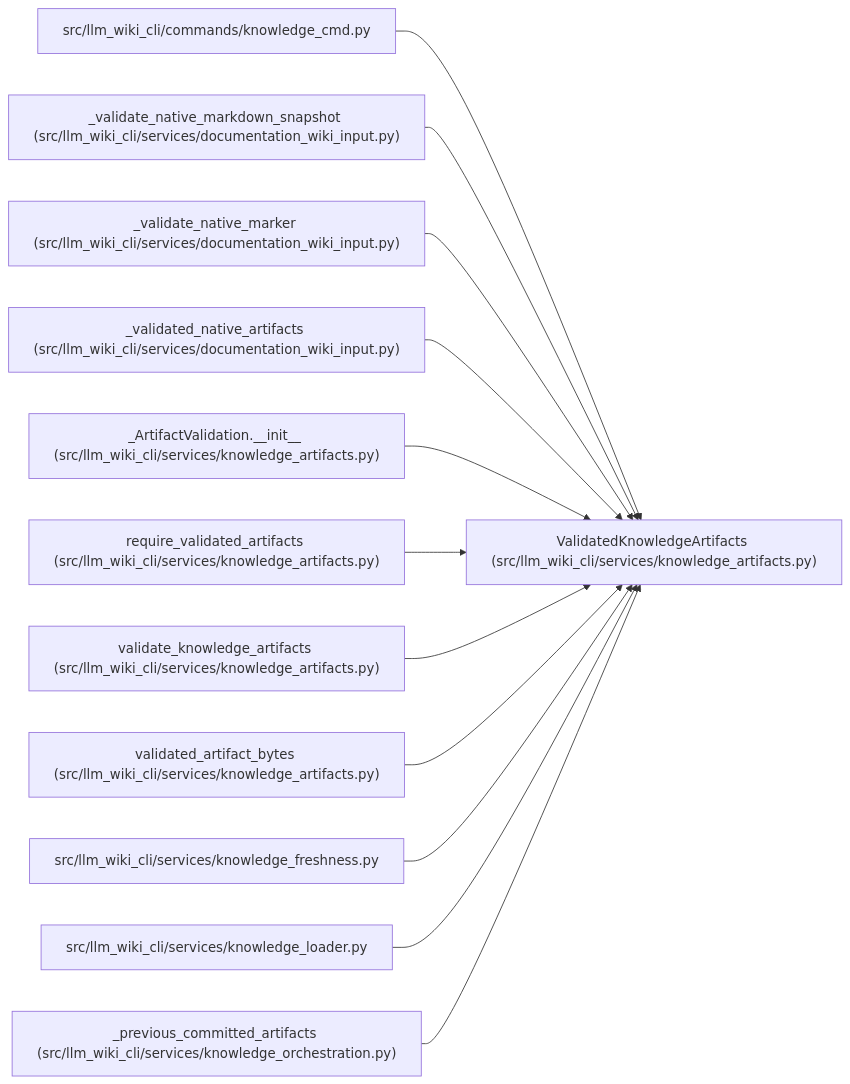
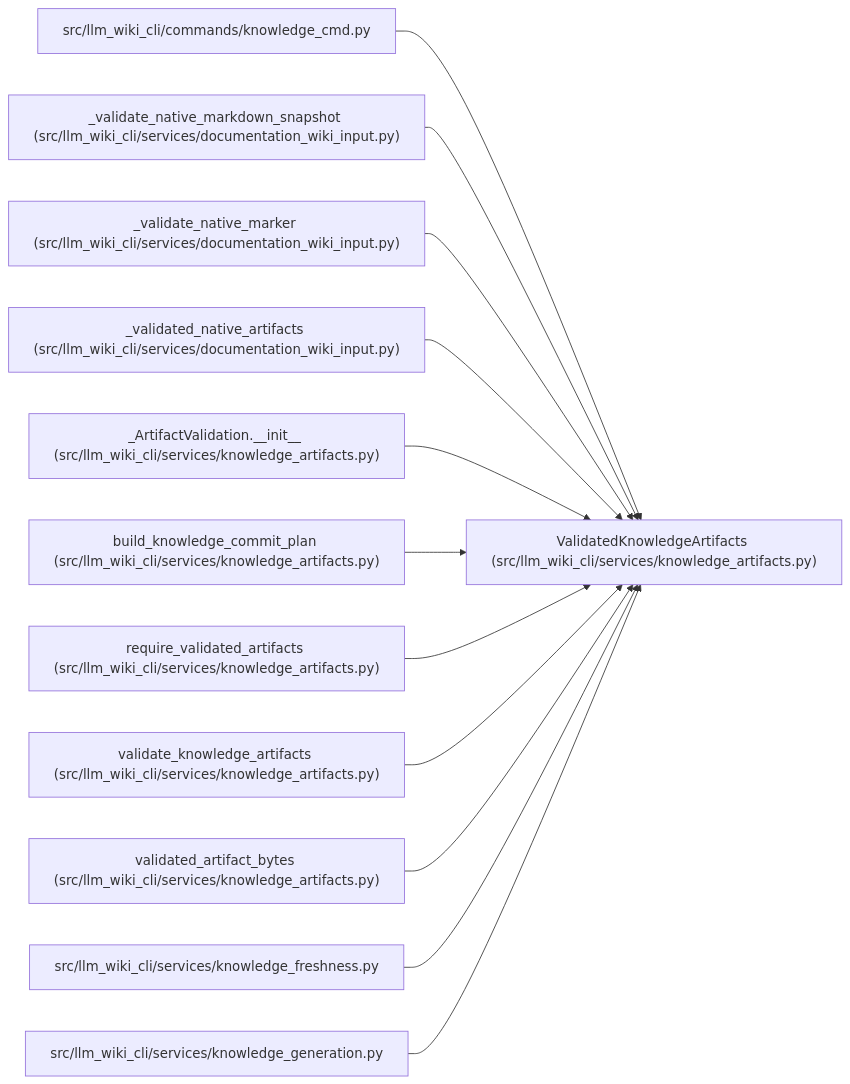
The diagram in docs/llm_wiki/entities/ValidatedKnowledgeArtifacts.md (Denissvgn/python-wiki-llm), drawn with Mermaid before and after one commit. The commit also changed other lines of this file and 865 other files, not shown here.

````diff
--- a/docs/llm_wiki/entities/ValidatedKnowledgeArtifacts.md
+++ b/docs/llm_wiki/entities/ValidatedKnowledgeArtifacts.md
@@ -33,38 +35,38 @@
 ```mermaid
 flowchart LR
     n0["ValidatedKnowledgeArtifacts (src/llm_wiki_cli/services/knowledge_artifacts.py)"]
     n1["src/llm_wiki_cli/commands/knowledge_cmd.py"]
     n2["_validate_native_markdown_snapshot (src/llm_wiki_cli/services/documentation_wiki_input.py)"]
     n3["_validate_native_marker (src/llm_wiki_cli/services/documentation_wiki_input.py)"]
     n4["_validated_native_artifacts (src/llm_wiki_cli/services/documentation_wiki_input.py)"]
     n5["_ArtifactValidation.__init__ (src/llm_wiki_cli/services/knowledge_artifacts.py)"]
-    n6["require_validated_artifacts (src/llm_wiki_cli/services/knowledge_artifacts.py)"]
-    n7["validate_knowledge_artifacts (src/llm_wiki_cli/services/knowledge_artifacts.py)"]
-    n8["validated_artifact_bytes (src/llm_wiki_cli/services/knowledge_artifacts.py)"]
-    n9["src/llm_wiki_cli/services/knowledge_freshness.py"]
-    n10["src/llm_wiki_cli/services/knowledge_loader.py"]
-    n11["_previous_committed_artifacts (src/llm_wiki_cli/services/knowledge_orchestration.py)"]
+    n6["build_knowledge_commit_plan (src/llm_wiki_cli/services/knowledge_artifacts.py)"]
+    n7["require_validated_artifacts (src/llm_wiki_cli/services/knowledge_artifacts.py)"]
+    n8["validate_knowledge_artifacts (src/llm_wiki_cli/services/knowledge_artifacts.py)"]
+    n9["validated_artifact_bytes (src/llm_wiki_cli/services/knowledge_artifacts.py)"]
+    n10["src/llm_wiki_cli/services/knowledge_freshness.py"]
+    n11["src/llm_wiki_cli/services/knowledge_generation.py"]
     n1 --> n0
     n2 --> n0
     n3 --> n0
     n4 --> n0
     n5 --> n0
     n6 --> n0
     n7 --> n0
     n8 --> n0
     n9 --> n0
     n10 --> n0
     n11 --> n0
     click n0 "../modules/knowledge_artifacts.md"
     click n1 "../modules/knowledge_cmd.md"
     click n2 "../modules/documentation_wiki_input.md"
     click n3 "../modules/documentation_wiki_input.md"
     click n4 "../modules/documentation_wiki_input.md"
     click n5 "../modules/knowledge_artifacts.md"
     click n6 "../modules/knowledge_artifacts.md"
     click n7 "../modules/knowledge_artifacts.md"
     click n8 "../modules/knowledge_artifacts.md"
-    click n9 "../modules/knowledge_freshness.md"
-    click n10 "../modules/knowledge_loader.md"
-    click n11 "../modules/knowledge_orchestration.md"
+    click n9 "../modules/knowledge_artifacts.md"
+    click n10 "../modules/knowledge_freshness.md"
+    click n11 "../modules/knowledge_generation.md"
 ```
````
